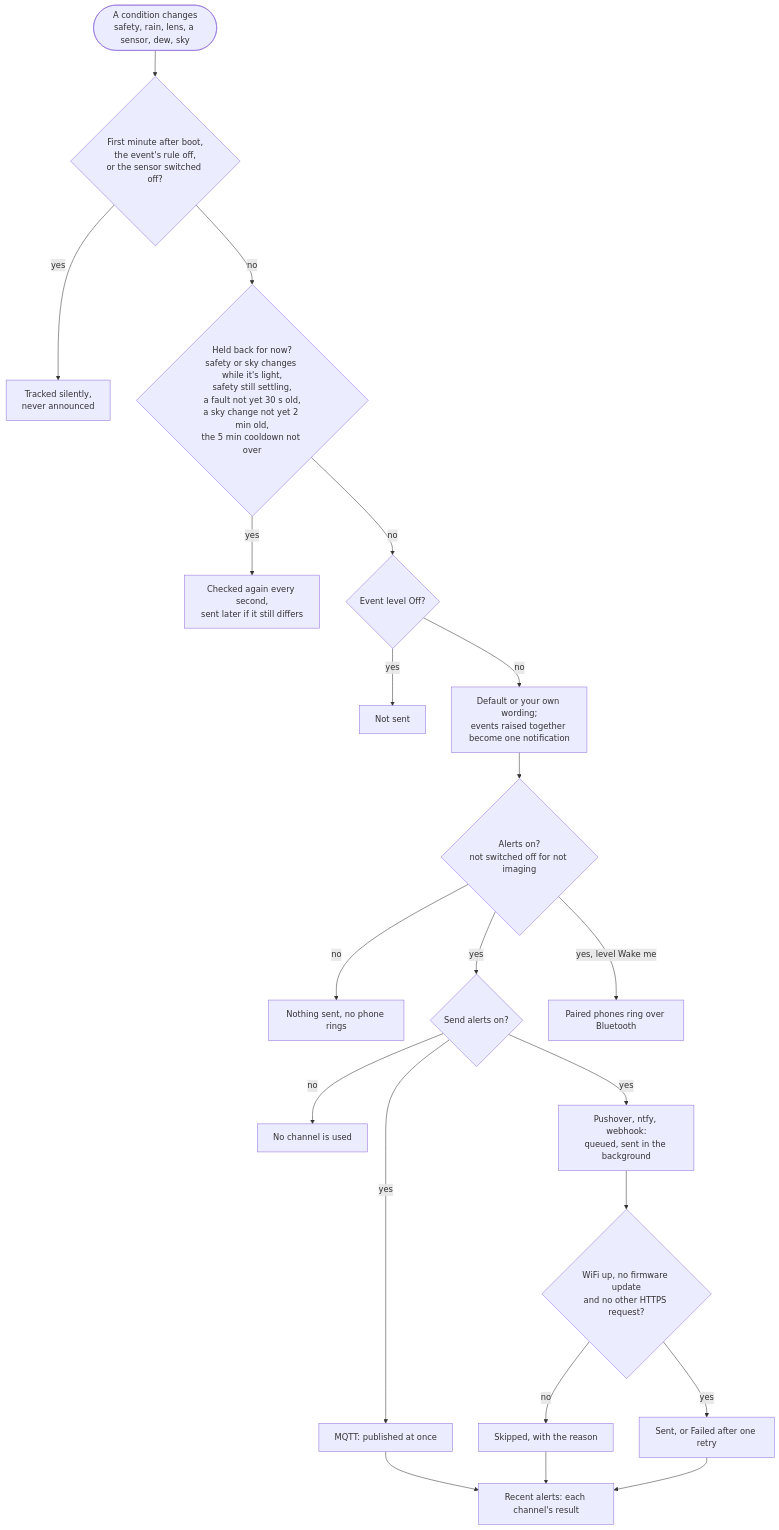
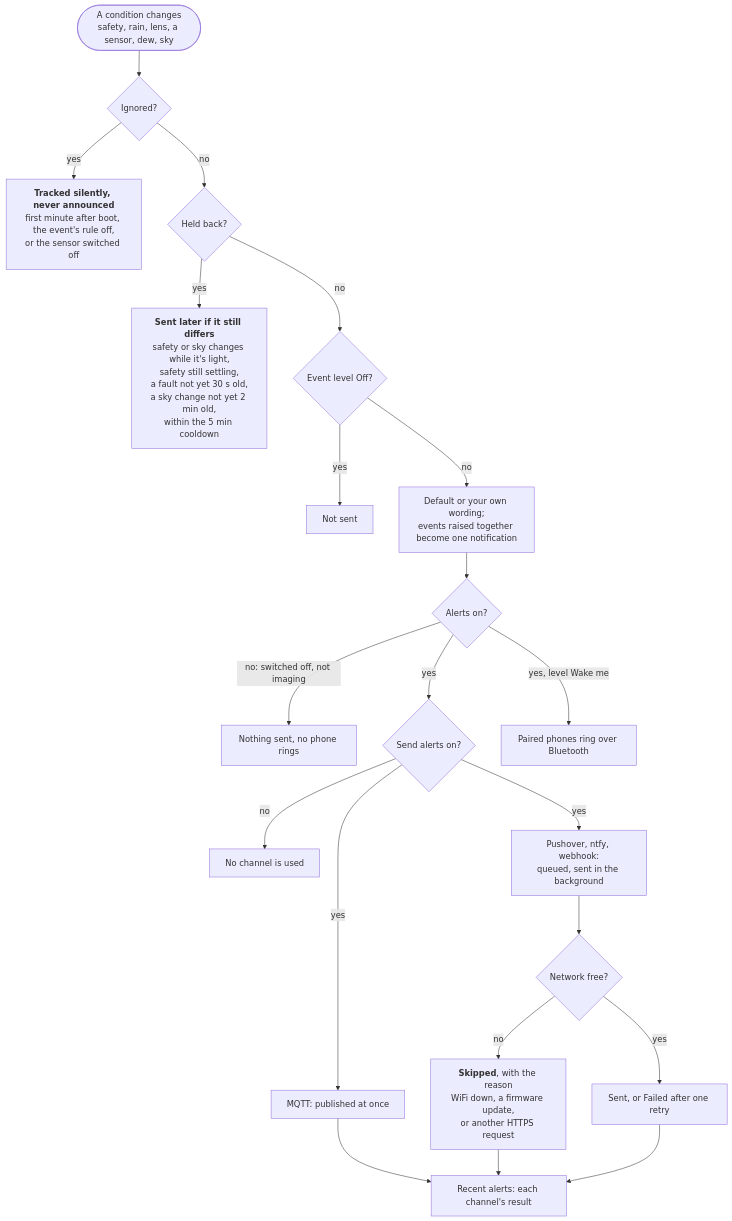
Before and after one commit to DeanJ87/SQMeter: the diagram in docs/user-guide/alerts.md, drawn with Mermaid. The commit also changed 3 other files, not shown here.

Commit message:
docs: clearer MQTT map, readable sequence branches, compact alert gates (024 T032 render review)

````diff
--- a/docs/user-guide/alerts.md
+++ b/docs/user-guide/alerts.md
@@ -14,25 +14,25 @@
 ```mermaid
 flowchart TB
     accTitle: Why an alert does or doesn't arrive
     accDescr: Each second the device compares every condition with what you were last told. A change can be tracked silently, held back for now, or dropped by its level; otherwise it is worded and, if alerts are on, sent to every enabled channel, with each channel's result recorded.
-    CHANGE(["A condition changes<br/>safety, rain, lens, a sensor, dew, sky"]) --> SILENT{"First minute after boot,<br/>the event's rule off,<br/>or the sensor switched off?"}
-    SILENT -->|yes| TRACKED["Tracked silently,<br/>never announced"]
-    SILENT -->|no| HELD{"Held back for now?<br/>safety or sky changes while it's light,<br/>safety still settling,<br/>a fault not yet 30 s old,<br/>a sky change not yet 2 min old,<br/>the 5 min cooldown not over"}
-    HELD -->|yes| LATER["Checked again every second,<br/>sent later if it still differs"]
+    CHANGE(["A condition changes<br/>safety, rain, lens, a sensor, dew, sky"]) --> SILENT{"Ignored?"}
+    SILENT -->|yes| TRACKED["<b>Tracked silently, never announced</b><br/>first minute after boot, the event's rule off,<br/>or the sensor switched off"]
+    SILENT -->|no| HELD{"Held back?"}
+    HELD -->|yes| LATER["<b>Sent later if it still differs</b><br/>safety or sky changes while it's light,<br/>safety still settling,<br/>a fault not yet 30 s old,<br/>a sky change not yet 2 min old,<br/>within the 5 min cooldown"]
     HELD -->|no| LEVEL{"Event level Off?"}
     LEVEL -->|yes| DROPPED["Not sent"]
     LEVEL -->|no| WORDING["Default or your own wording;<br/>events raised together become one notification"]
-    WORDING --> ON{"Alerts on?<br/>not switched off for not imaging"}
-    ON -->|no| NOTHING["Nothing sent, no phone rings"]
+    WORDING --> ON{"Alerts on?"}
+    ON -->|"no: switched off, not imaging"| NOTHING["Nothing sent, no phone rings"]
     ON -->|yes| MASTER{"Send alerts on?"}
     ON -->|"yes, level Wake me"| BLE["Paired phones ring over Bluetooth"]
     MASTER -->|no| NOPUSH["No channel is used"]
     MASTER -->|yes| MQTT["MQTT: published at once"]
     MASTER -->|yes| HTTP["Pushover, ntfy, webhook:<br/>queued, sent in the background"]
-    HTTP --> CANSEND{"WiFi up, no firmware update<br/>and no other HTTPS request?"}
-    CANSEND -->|no| SKIPPED["Skipped, with the reason"]
+    HTTP --> CANSEND{"Network free?"}
+    CANSEND -->|no| SKIPPED["<b>Skipped</b>, with the reason<br/>WiFi down, a firmware update,<br/>or another HTTPS request"]
     CANSEND -->|yes| SENT["Sent, or Failed after one retry"]
     MQTT --> RECENT["Recent alerts: each channel's result"]
     SKIPPED --> RECENT
     SENT --> RECENT
 ```
````
